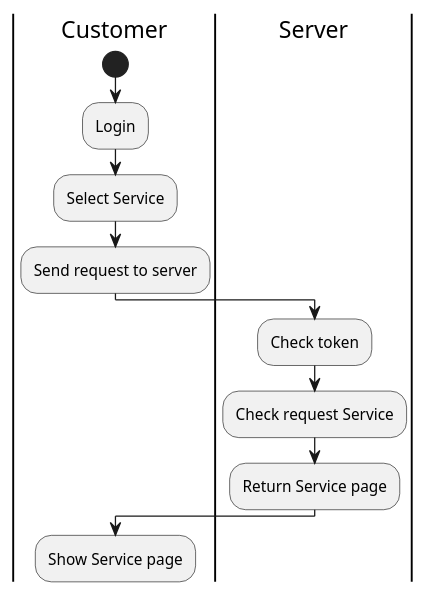
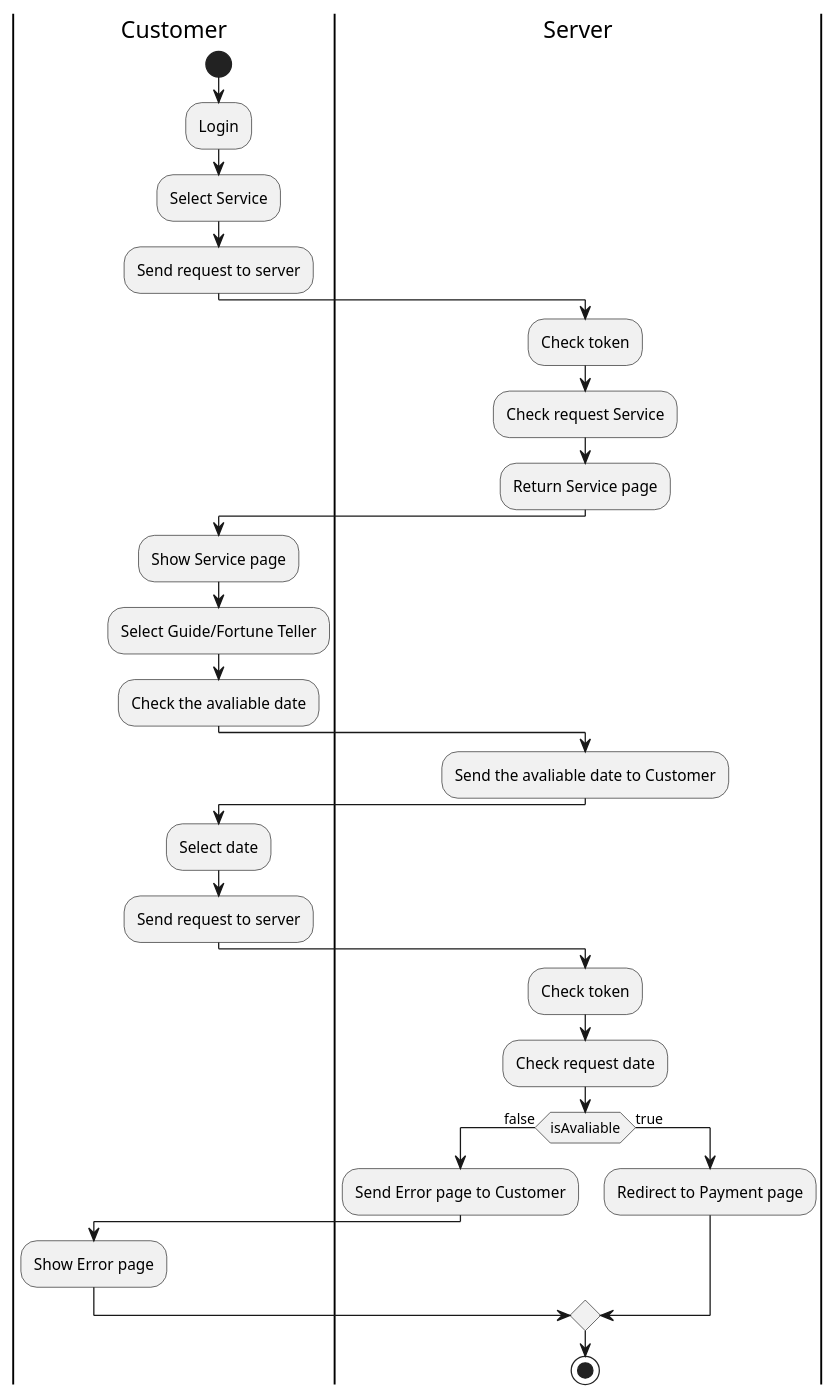
One commit to Nxwbtk/SA-Diagram changed the third of 5 diagrams in activity-diagram.plantuml. Above: the diagram before and after it, drawn with PlantUML. The commit also changed other lines of this file and 7 other files, not shown here.

Commit message:
Add more diagram

```diff
--- a/activity-diagram.plantuml
+++ b/activity-diagram.plantuml
@@ -62,13 +62,32 @@
 @startuml
 |Customer|
 start
 :Login;
 :Select Service;
 :Send request to server;
 |Server|
 :Check token;
 :Check request Service;
 :Return Service page;
 |Customer|
 :Show Service page;
+:Select Guide/Fortune Teller;
+:Check the avaliable date;
+|Server|
+:Send the avaliable date to Customer;
+|Customer|
+:Select date;
+:Send request to server;
+|Server|
+:Check token;
+:Check request date;
+if (isAvaliable) is (false) then
+	:Send Error page to Customer;
+	|Customer|
+	:Show Error page;
+else (true)
+	|Server|
+	:Redirect to Payment page;
+endif
+stop
 @enduml
```
